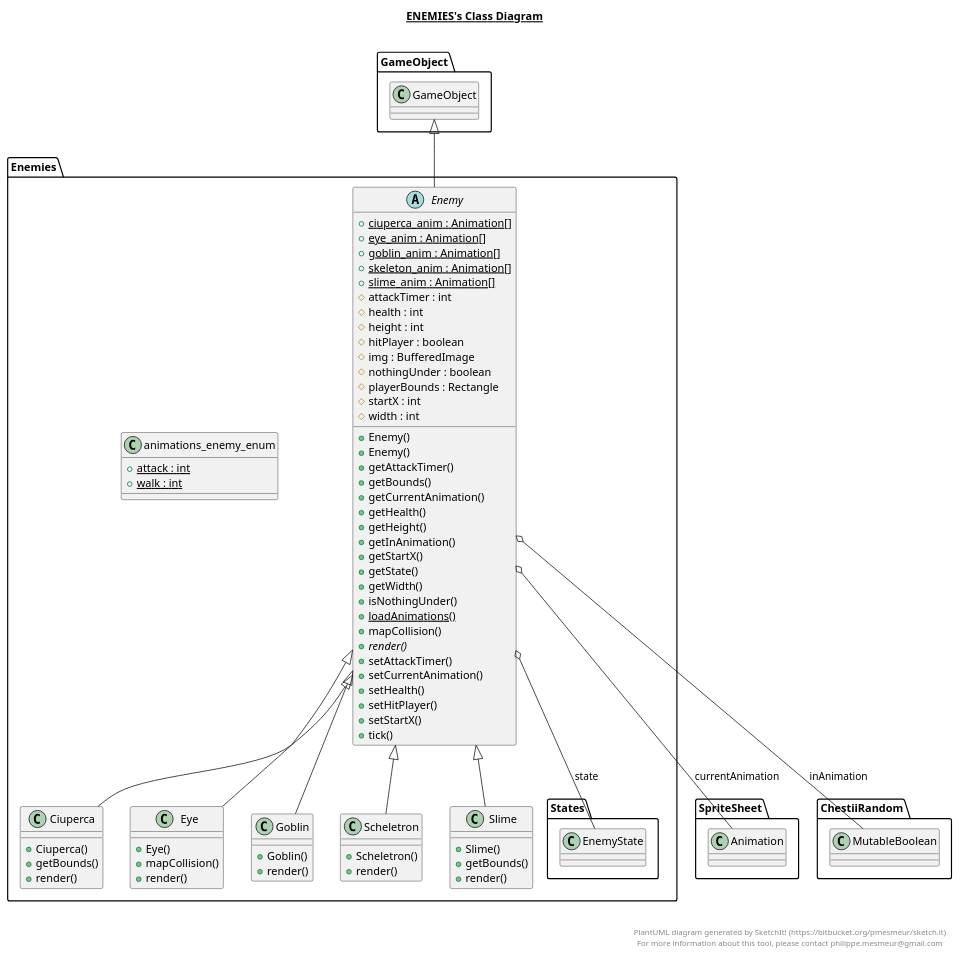
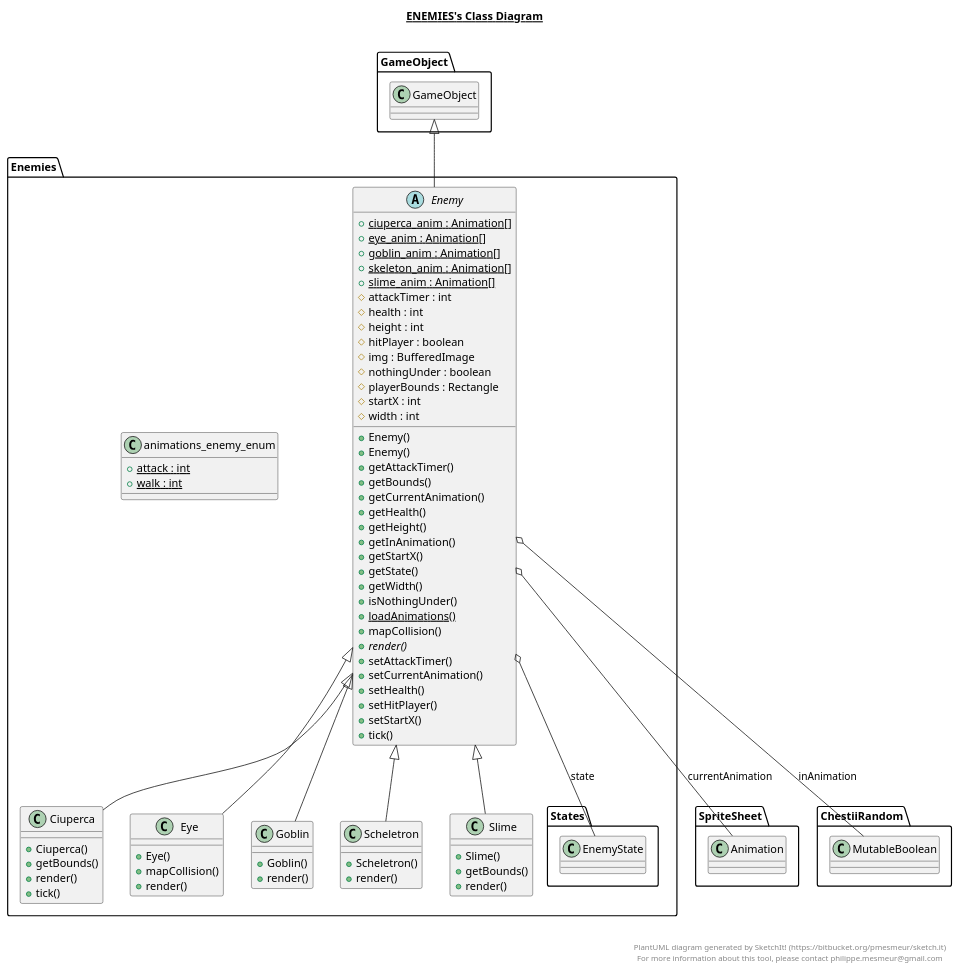
Before and after one commit to IulianMurariu-Tanasache/ProiectPAOO_FirstDungeon: the diagram in out/production/_Proiect/Enemies/Enemies.plantuml, drawn with PlantUML. The commit also changed 111 other files, not shown here.

```diff
--- a/out/production/_Proiect/Enemies/Enemies.plantuml
+++ b/out/production/_Proiect/Enemies/Enemies.plantuml
@@ -1,115 +1,116 @@
 @startuml
 
 title __ENEMIES's Class Diagram__\n
 
   namespace Enemies {
     class Enemies.Ciuperca {
         + Ciuperca()
         + getBounds()
         + render()
+        + tick()
     }
   }
   
 
   namespace Enemies {
     abstract class Enemies.Enemy {
         {static} + ciuperca_anim : Animation[]
         {static} + eye_anim : Animation[]
         {static} + goblin_anim : Animation[]
         {static} + skeleton_anim : Animation[]
         {static} + slime_anim : Animation[]
         # attackTimer : int
         # health : int
         # height : int
         # hitPlayer : boolean
         # img : BufferedImage
         # nothingUnder : boolean
         # playerBounds : Rectangle
         # startX : int
         # width : int
         + Enemy()
         + Enemy()
         + getAttackTimer()
         + getBounds()
         + getCurrentAnimation()
         + getHealth()
         + getHeight()
         + getInAnimation()
         + getStartX()
         + getState()
         + getWidth()
         + isNothingUnder()
         {static} + loadAnimations()
         + mapCollision()
         {abstract} + render()
         + setAttackTimer()
         + setCurrentAnimation()
         + setHealth()
         + setHitPlayer()
         + setStartX()
         + tick()
     }
   }
   
 
   namespace Enemies {
     class Enemies.Eye {
         + Eye()
         + mapCollision()
         + render()
     }
   }
   
 
   namespace Enemies {
     class Enemies.Goblin {
         + Goblin()
         + render()
     }
   }
   
 
   namespace Enemies {
     class Enemies.Scheletron {
         + Scheletron()
         + render()
     }
   }
   
 
   namespace Enemies {
     class Enemies.Slime {
         + Slime()
         + getBounds()
         + render()
     }
   }
   
 
   namespace Enemies {
     class Enemies.animations_enemy_enum {
         {static} + attack : int
         {static} + walk : int
     }
   }
   
 
   Enemies.Ciuperca -up-|> Enemies.Enemy
   Enemies.Enemy -up-|> GameObject.GameObject
   Enemies.Enemy o-- SpriteSheet.Animation : currentAnimation
   Enemies.Enemy o-- ChestiiRandom.MutableBoolean : inAnimation
   Enemies.Enemy o-- Enemies.States.EnemyState : state
   Enemies.Eye -up-|> Enemies.Enemy
   Enemies.Goblin -up-|> Enemies.Enemy
   Enemies.Scheletron -up-|> Enemies.Enemy
   Enemies.Slime -up-|> Enemies.Enemy
 
 
 right footer
 
 
 PlantUML diagram generated by SketchIt! (https://bitbucket.org/pmesmeur/sketch.it)
 For more information about this tool, please contact philippe.mesmeur@gmail.com
 endfooter
 
 @enduml
```
